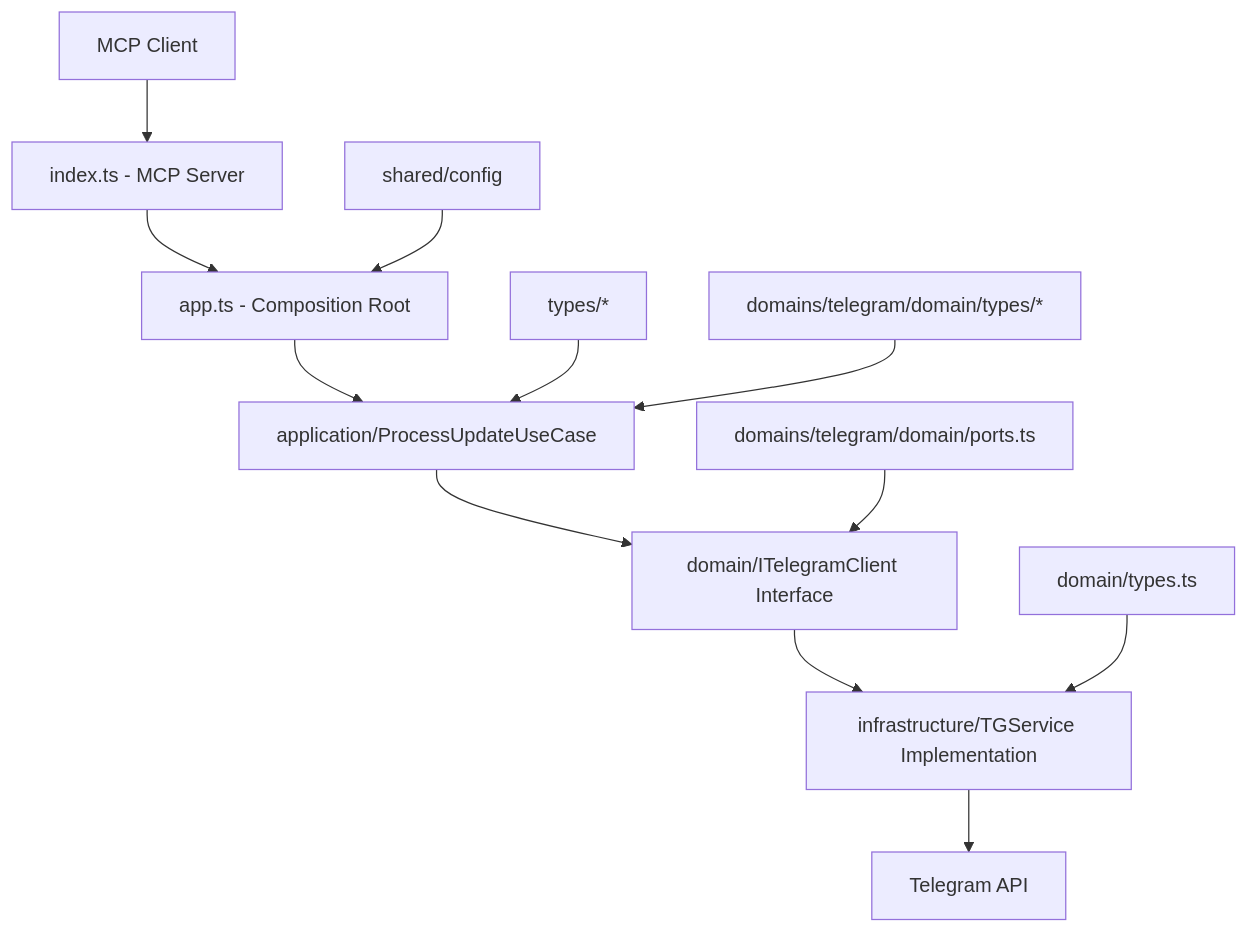
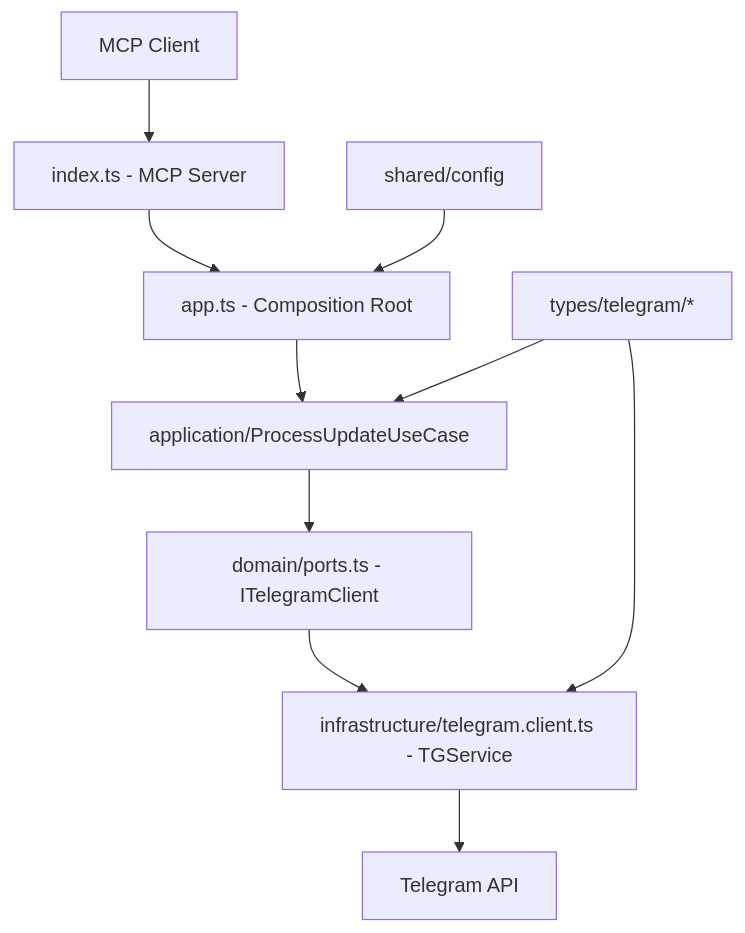
One commit to Bigchef-dev/telegram-mcp-server changed the diagram in ARCHITECTURE.md. Above: the diagram before and after it, drawn with Mermaid. The commit also changed other lines of this file and 1 other file, not shown here.

````diff
--- a/ARCHITECTURE.md
+++ b/ARCHITECTURE.md
@@ -119,15 +59,13 @@
 ```mermaid
 graph TD
     A[MCP Client] --> B[index.ts - MCP Server]
     B --> C[app.ts - Composition Root]
     C --> D[application/ProcessUpdateUseCase]
-    D --> E[domain/ITelegramClient Interface]
-    E --> F[infrastructure/TGService Implementation]
+    D --> E[domain/ports.ts - ITelegramClient]
+    E --> F[infrastructure/telegram.client.ts - TGService]
     F --> G[Telegram API]
     
     H[shared/config] --> C
-    I[types/*] --> D
-    J[domains/telegram/domain/types/*] --> D
-    K[domain/types.ts] --> F
-    L[domains/telegram/domain/ports.ts] --> E
+    I[types/telegram/*] --> D
+    I --> F
 ```
````
